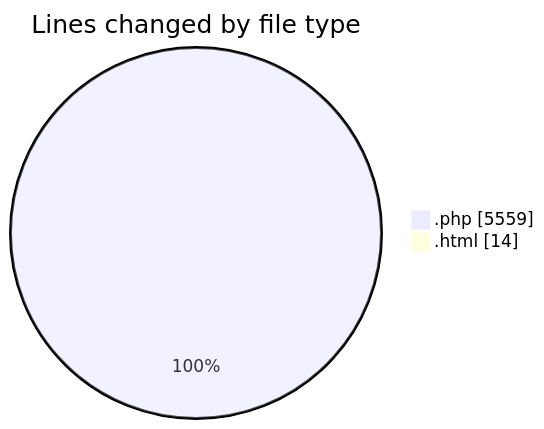
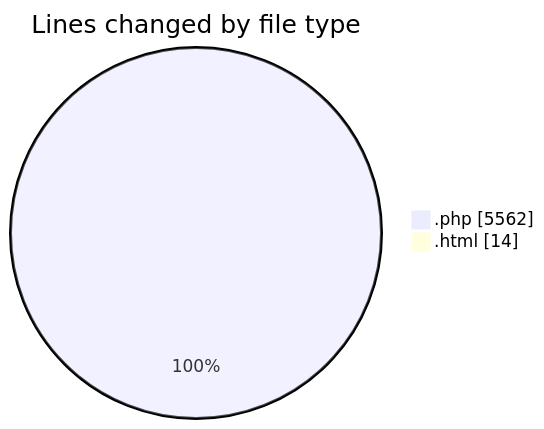
The first of 2 diagrams in 2025-09-13/shop/README.md (vahidmafi/code-tracking), drawn with Mermaid before and after one commit. The commit also changed other lines of this file and 1 other file, not shown here.

````diff
--- a/2025-09-13/shop/README.md
+++ b/2025-09-13/shop/README.md
@@ -24,6 +24,6 @@
 ```mermaid
 pie showData
 title Lines changed by file type
-".php" : 5559
+".php" : 5562
 ".html" : 14
 ```
````
